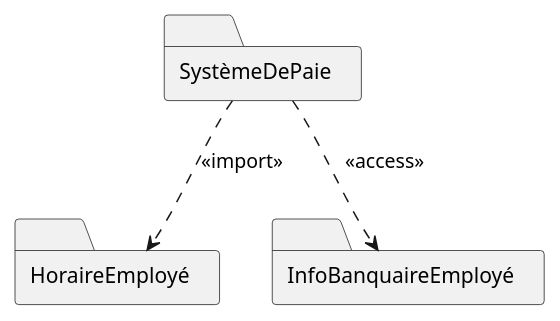
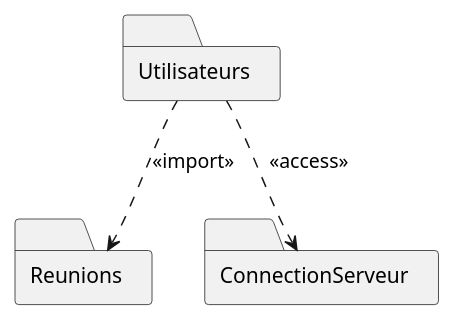
Before and after one commit to gigl-uml/Guide_uml_polymtl: the diagram in plant_uml/accessRelationPackage.plantuml, drawn with PlantUML. The commit also changed 4 other files, not shown here.

Commit message:
Import/Access paquetages

```diff
--- a/plant_uml/accessRelationPackage.plantuml
+++ b/plant_uml/accessRelationPackage.plantuml
@@ -1,15 +1,15 @@
 @startuml
 hide circle
 allow_mixing
 skinparam classAttributeIconSize 0
 skinparam backgroundcolor transparent
 
-folder SystèmeDePaie
-folder HoraireEmployé
-folder InfoBanquaireEmployé
+folder Utilisateurs
+folder Reunions
+folder ConnectionServeur
 
-SystèmeDePaie..>InfoBanquaireEmployé:<<access>>
-SystèmeDePaie..>HoraireEmployé:<<import>>
+Utilisateurs..>Reunions:<<import>>
+Utilisateurs..>ConnectionServeur:<<access>>
 
 
 @enduml
```
